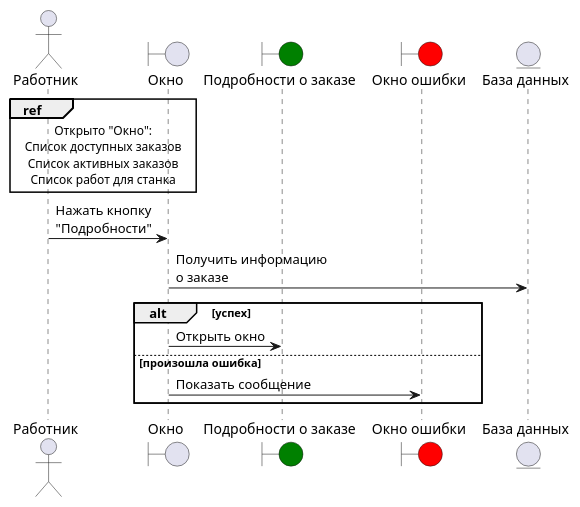
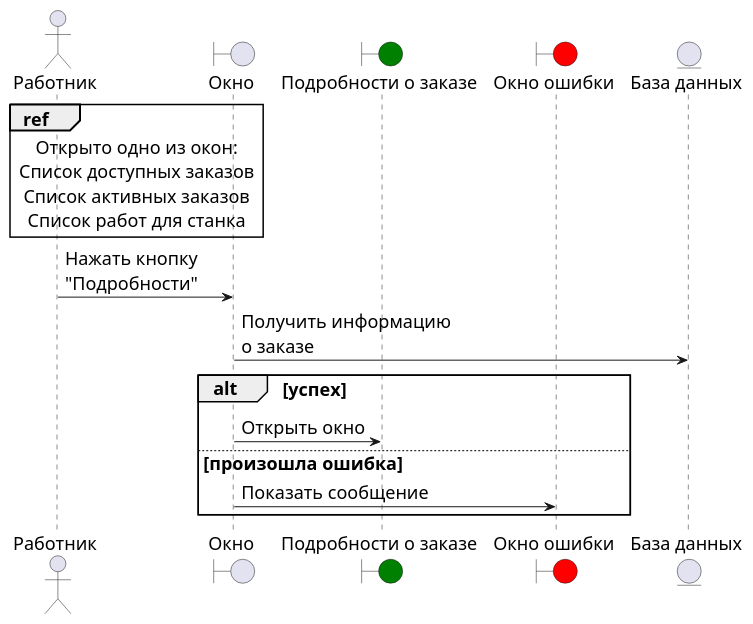
The diagram in Diagrams/sequences/description_order.wsd (Dugers/Machine-repair), drawn with PlantUML before and after one commit. The commit also changed 14 other files, not shown here.

Commit message:
update diagrams style

```diff
--- a/Diagrams/sequences/description_order.wsd
+++ b/Diagrams/sequences/description_order.wsd
@@ -1,29 +1,31 @@
 @startuml description_order_sequence
+
+skinparam defaultFontSize 18
 
 actor Работник as worker
 
 boundary "Окно" as window_screen
 boundary "Подробности о заказе" as order_description_screen #green
 boundary "Окно ошибки" as error_screen #red
 
 entity "База данных" as db
 
 ref over worker, window_screen
-Открыто "Окно":
+Открыто одно из окон:
 Список доступных заказов
 Список активных заказов
 Список работ для станка
 end ref
 
 worker -> window_screen : Нажать кнопку\n"Подробности"
 window_screen -> db : Получить информацию\nо заказе
 
 entity "База данных" as db
 
 alt успех
   window_screen -> order_description_screen : Открыть окно
 else произошла ошибка
   window_screen -> error_screen : Показать сообщение
 end
 
 @enduml
```
